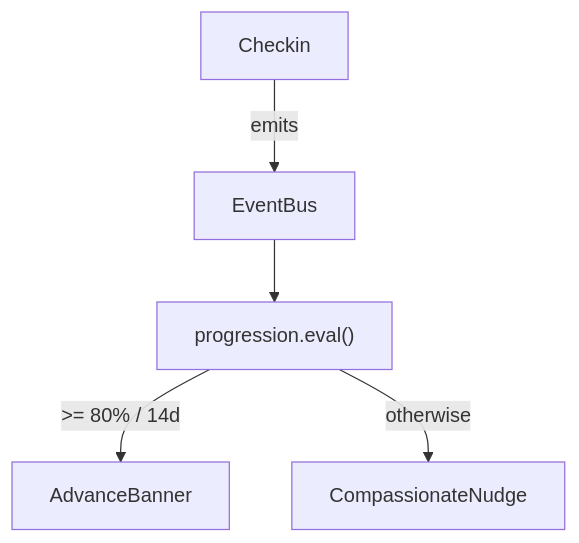
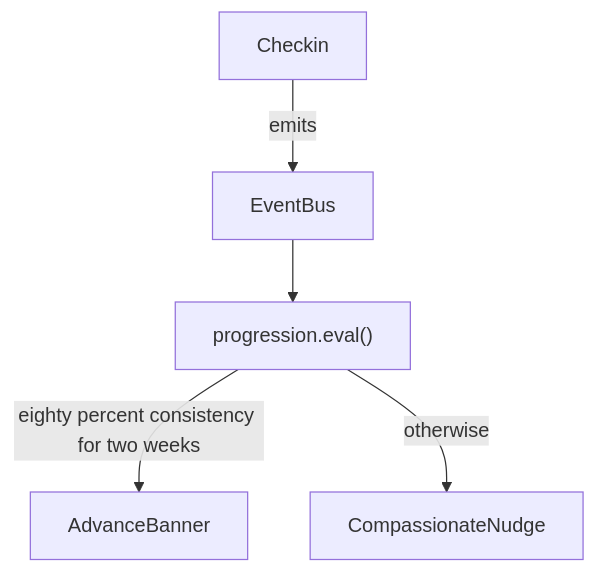
Before and after one commit to AshKuhlmann/loop_bloom: the diagram in README.md, drawn with Mermaid.

Commit message:
Update README.md
mermaid debug "unsupported backquote"

````diff
--- a/README.md
+++ b/README.md
@@ -198,8 +198,8 @@
 ```mermaid
 flowchart TD
   Checkin -- emits --> EventBus
   EventBus --> Progression["progression.eval()"]
-  Progression -->|>= 80% / 14d| AdvanceBanner
+  Progression -->|eighty percent consistency for two weeks| AdvanceBanner
   Progression -->|otherwise| CompassionateNudge
 
 ```
````
